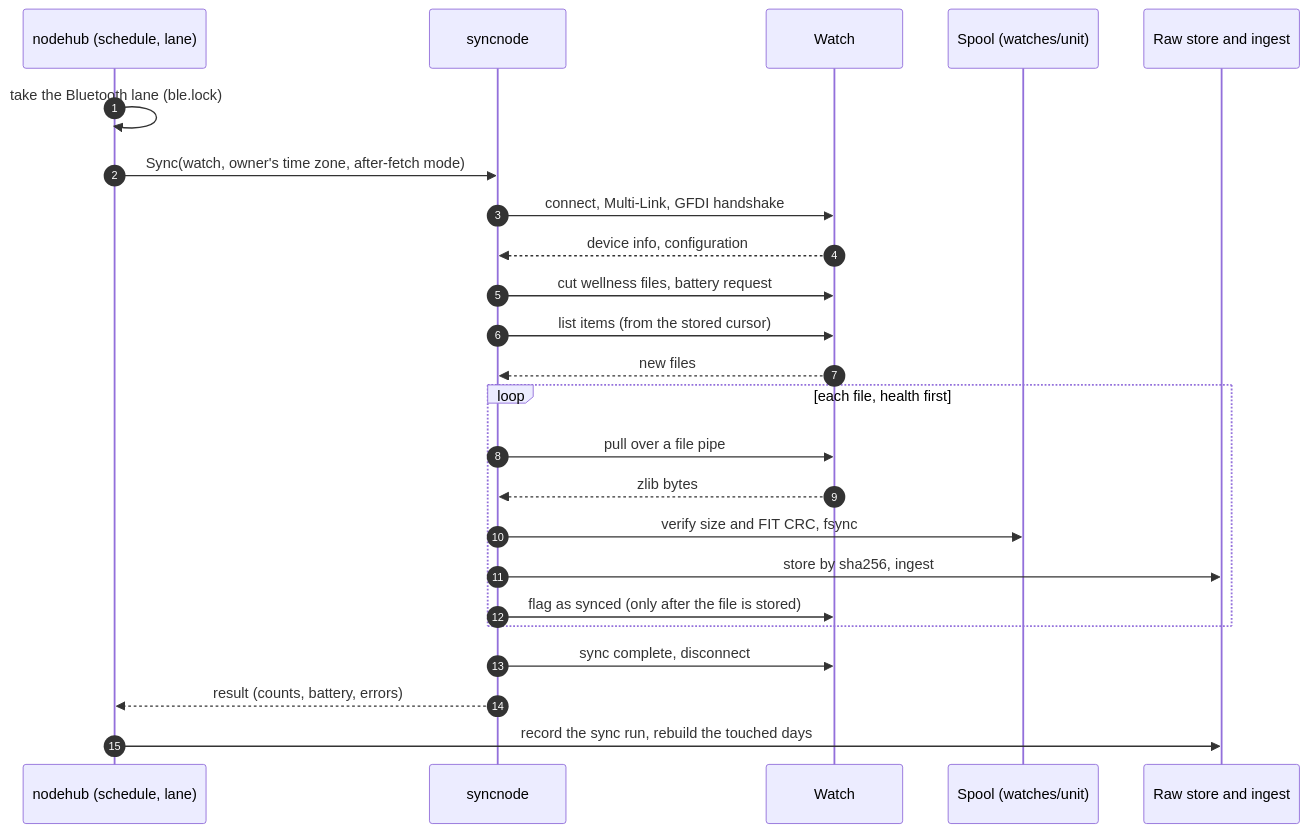
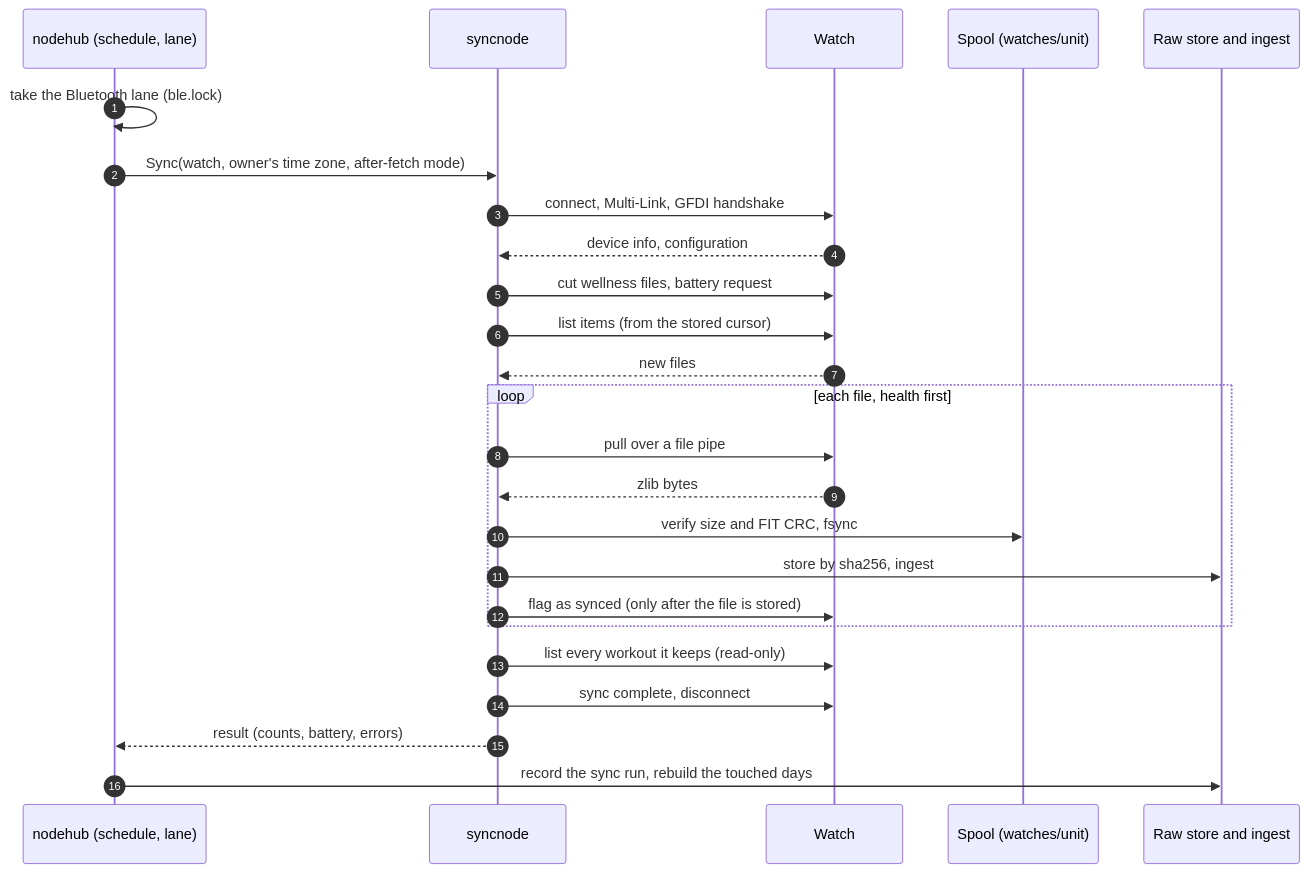
The third of 9 diagrams in docs/architecture.md (karamble/goarmin), drawn with Mermaid before and after one commit. The commit also changed other lines of this file and 50 other files, not shown here.

First line of the commit message:
feat: the workout library, with what each watch has on it

````diff
--- a/docs/architecture.md
+++ b/docs/architecture.md
@@ -95,26 +95,27 @@
 ```mermaid
 sequenceDiagram
   autonumber
   participant Hub as nodehub (schedule, lane)
   participant Node as syncnode
   participant Watch as Watch
   participant Spool as Spool (watches/unit)
   participant Raw as Raw store and ingest
   Hub->>Hub: take the Bluetooth lane (ble.lock)
   Hub->>Node: Sync(watch, owner's time zone, after-fetch mode)
   Node->>Watch: connect, Multi-Link, GFDI handshake
   Watch-->>Node: device info, configuration
   Node->>Watch: cut wellness files, battery request
   Node->>Watch: list items (from the stored cursor)
   Watch-->>Node: new files
   loop each file, health first
     Node->>Watch: pull over a file pipe
     Watch-->>Node: zlib bytes
     Node->>Spool: verify size and FIT CRC, fsync
     Node->>Raw: store by sha256, ingest
     Node->>Watch: flag as synced (only after the file is stored)
   end
+  Node->>Watch: list every workout it keeps (read-only)
   Node->>Watch: sync complete, disconnect
   Node-->>Hub: result (counts, battery, errors)
   Hub->>Raw: record the sync run, rebuild the touched days
 ```
````
